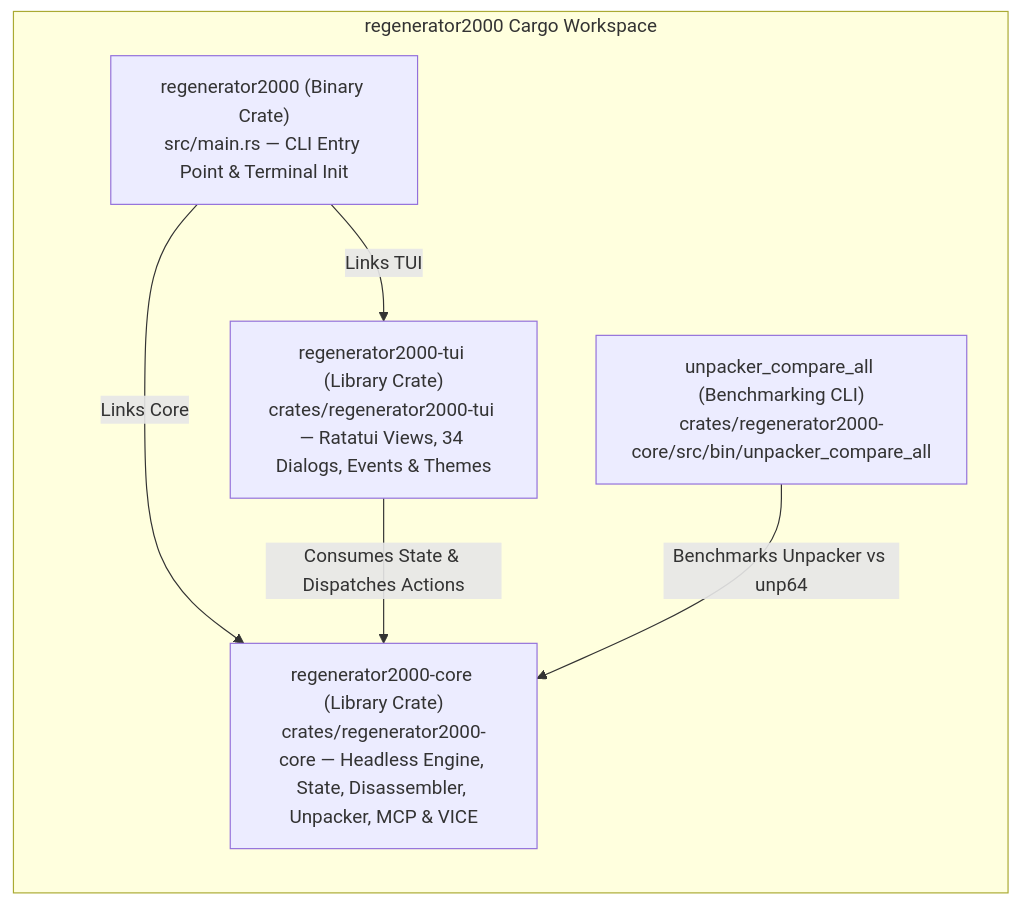
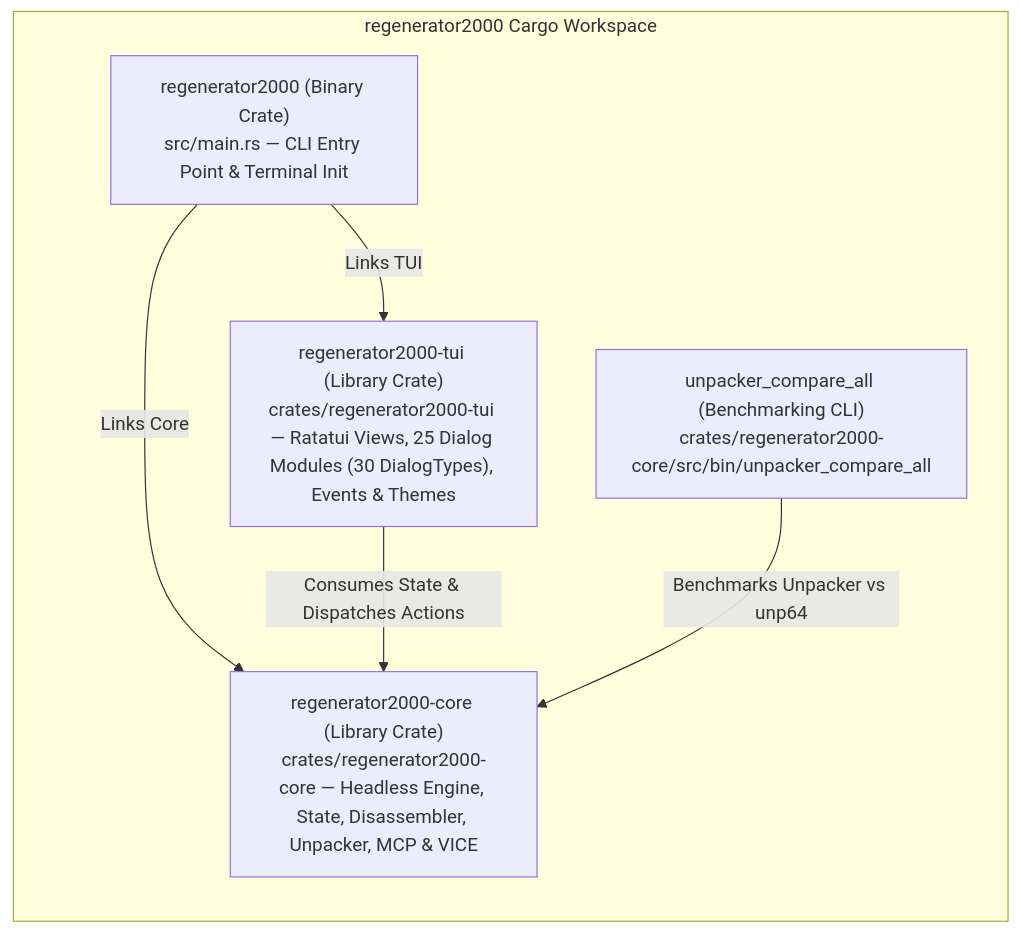
The second of 11 diagrams in docs/architecture.md (ricardoquesada/regenerator2000), drawn with Mermaid before and after one commit. The commit also changed other lines of this file and 10 other files, not shown here.

````diff
--- a/docs/architecture.md
+++ b/docs/architecture.md
@@ -65,15 +65,15 @@
 ```mermaid
 flowchart TB
     subgraph ws ["regenerator2000 Cargo Workspace"]
         direction TB
         Bin["regenerator2000 (Binary Crate)<br/>src/main.rs — CLI Entry Point & Terminal Init"]
-        Tui["regenerator2000-tui (Library Crate)<br/>crates/regenerator2000-tui — Ratatui Views, 34 Dialogs, Events & Themes"]
+        Tui["regenerator2000-tui (Library Crate)<br/>crates/regenerator2000-tui — Ratatui Views, 25 Dialog Modules (30 DialogTypes), Events & Themes"]
         CoreCrate["regenerator2000-core (Library Crate)<br/>crates/regenerator2000-core — Headless Engine, State, Disassembler, Unpacker, MCP & VICE"]
         CompareBin["unpacker_compare_all (Benchmarking CLI)<br/>crates/regenerator2000-core/src/bin/unpacker_compare_all"]
 
         Bin -->|"Links TUI"| Tui
         Bin -->|"Links Core"| CoreCrate
         Tui -->|"Consumes State & Dispatches Actions"| CoreCrate
         CompareBin -->|"Benchmarks Unpacker vs unp64"| CoreCrate
     end
 ```
````
